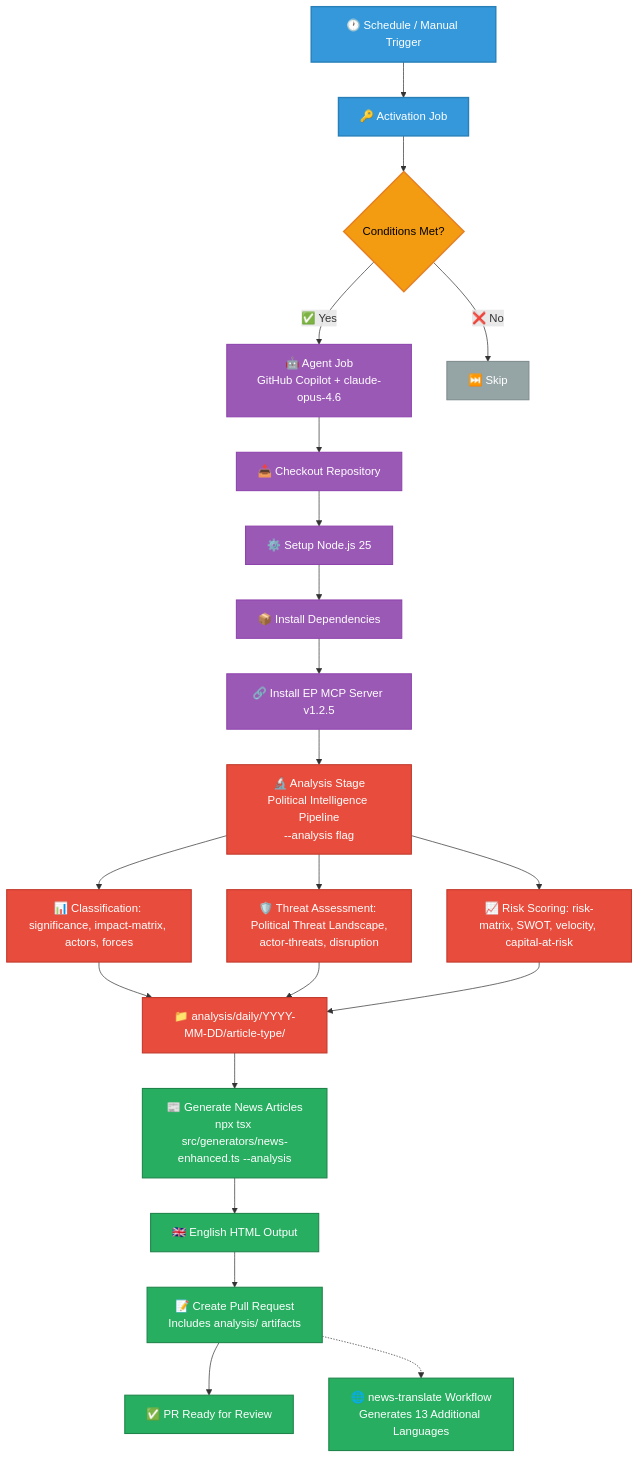
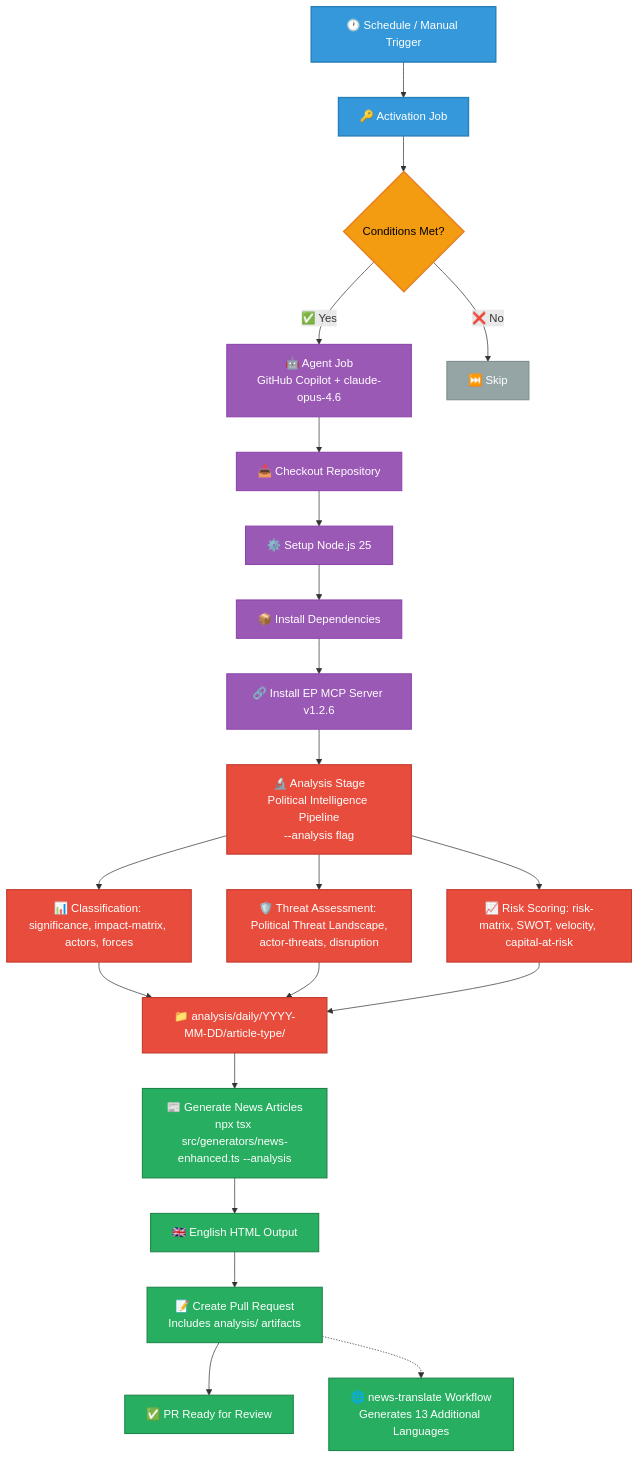
Before and after one commit to Hack23/euparliamentmonitor: the third of 21 diagrams in WORKFLOWS.md, drawn with Mermaid. The commit also changed other lines of this file and 38 other files, not shown here.

First line of the commit message:
chore: bump european-parliament-mcp-server 1.2.5 → 1.2.6 across all files, update copilot-mcp.json pattern, add mcp-setup.sh

````diff
--- a/WORKFLOWS.md
+++ b/WORKFLOWS.md
@@ -246,37 +246,37 @@
 ```mermaid
 graph TD
     A[🕐 Schedule / Manual Trigger] --> B[🔑 Activation Job]
     B --> C{Conditions Met?}
     C -->|✅ Yes| D[🤖 Agent Job<br/>GitHub Copilot + claude-opus-4.6]
     C -->|❌ No| E[⏭️ Skip]
     D --> F[📥 Checkout Repository]
     F --> G[⚙️ Setup Node.js 25]
     G --> H[📦 Install Dependencies]
-    H --> I[🔗 Install EP MCP Server v1.2.5]
+    H --> I[🔗 Install EP MCP Server v1.2.6]
     I --> J1[🔬 Analysis Stage<br/>Political Intelligence Pipeline<br/>--analysis flag]
     J1 --> J1a[📊 Classification: significance, impact-matrix, actors, forces]
     J1 --> J1b[🛡️ Threat Assessment: Political Threat Landscape,<br/>actor-threats, disruption]
     J1 --> J1c[📈 Risk Scoring: risk-matrix, SWOT, velocity, capital-at-risk]
     J1a --> J1d["📁 analysis/daily/YYYY-MM-DD/article-type/"]
     J1b --> J1d
     J1c --> J1d
     J1d --> J[📰 Generate News Articles<br/>npx tsx src/generators/news-enhanced.ts --analysis]
     J --> K[🇬🇧 English HTML Output]
     K --> L[📝 Create Pull Request<br/>Includes analysis/ artifacts]
     L --> M[✅ PR Ready for Review]
     L -.-> N[🌐 news-translate Workflow<br/>Generates 13 Additional Languages]
 
     classDef trigger fill:#3498db,stroke:#2980b9,stroke-width:2px,color:white
     classDef process fill:#9b59b6,stroke:#8e44ad,stroke-width:1.5px,color:white
     classDef decision fill:#f39c12,stroke:#e67e22,stroke-width:2px,color:black
     classDef skip fill:#95a5a6,stroke:#7f8c8d,stroke-width:1.5px,color:white
     classDef analysis fill:#e74c3c,stroke:#c0392b,stroke-width:1.5px,color:white
     classDef output fill:#27ae60,stroke:#1e8449,stroke-width:1.5px,color:white
 
     class A,B trigger
     class D,F,G,H,I process
     class C decision
     class E skip
     class J1,J1a,J1b,J1c,J1d analysis
     class J,K,L,M,N output
 ```
````
